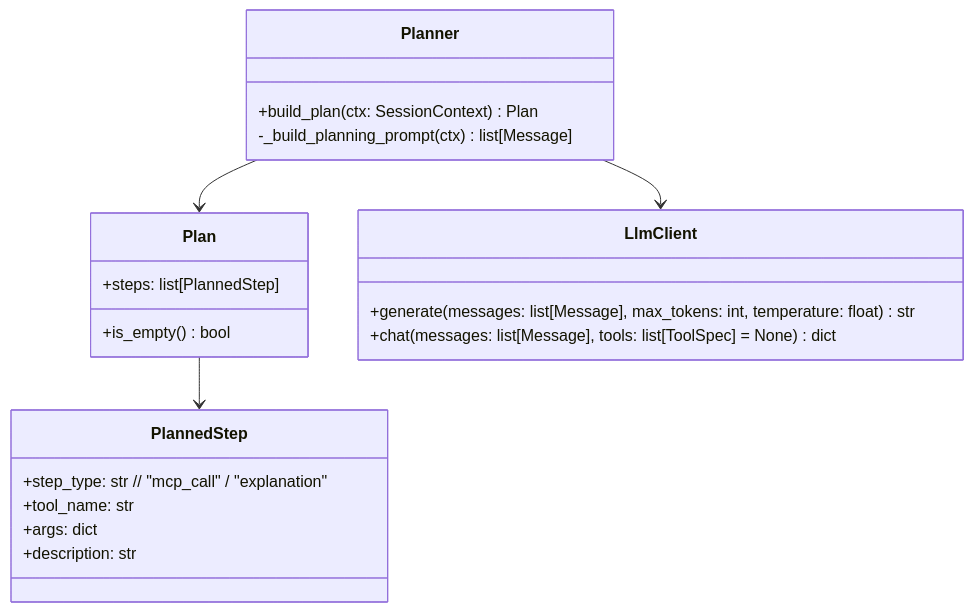
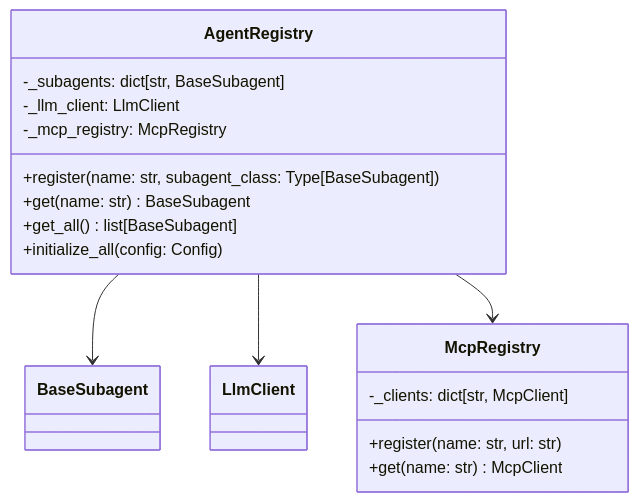
The third of 7 diagrams in docs/c4_level_4_code_ai_agent.md (trustmycode/MOEX-Agent-MCP), drawn with Mermaid before and after one commit. The commit also changed other lines of this file and 9 other files, not shown here.

First line of the commit message:
Refactor architecture documentation to reflect multi-agent system implementation

````diff
--- a/docs/c4_level_4_code_ai_agent.md
+++ b/docs/c4_level_4_code_ai_agent.md
@@ -130,28 +202,22 @@
 ```mermaid
 classDiagram
-    class Planner {
-      +build_plan(ctx: SessionContext) Plan
-      -_build_planning_prompt(ctx) list[Message]
+    class AgentRegistry {
+        -_subagents: dict[str, BaseSubagent]
+        -_llm_client: LlmClient
+        -_mcp_registry: McpRegistry
+        +register(name: str, subagent_class: Type[BaseSubagent])
+        +get(name: str) BaseSubagent
+        +get_all() list[BaseSubagent]
+        +initialize_all(config: Config)
     }
 
-    class Plan {
-      +steps: list[PlannedStep]
-      +is_empty() bool
+    class McpRegistry {
+        -_clients: dict[str, McpClient]
+        +register(name: str, url: str)
+        +get(name: str) McpClient
     }
 
-    class PlannedStep {
-      +step_type: str  // "mcp_call" / "explanation"
-      +tool_name: str
-      +args: dict
-      +description: str
-    }
-
-    class LlmClient {
-      +generate(messages: list[Message], max_tokens: int, temperature: float) str
-      +chat(messages: list[Message], tools: list[ToolSpec] = None) dict
-    }
-
-    Planner --> LlmClient
-    Planner --> Plan
-    Plan --> PlannedStep
+    AgentRegistry --> BaseSubagent
+    AgentRegistry --> LlmClient
+    AgentRegistry --> McpRegistry
 ```
````
